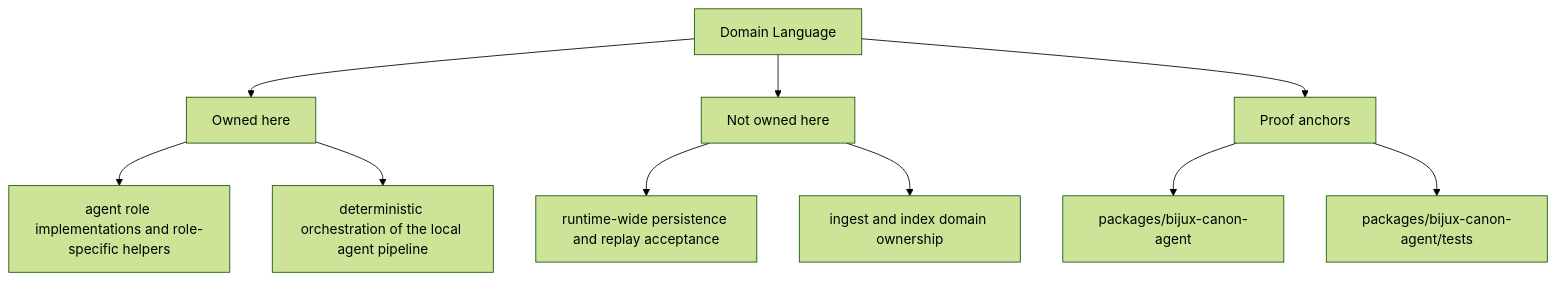
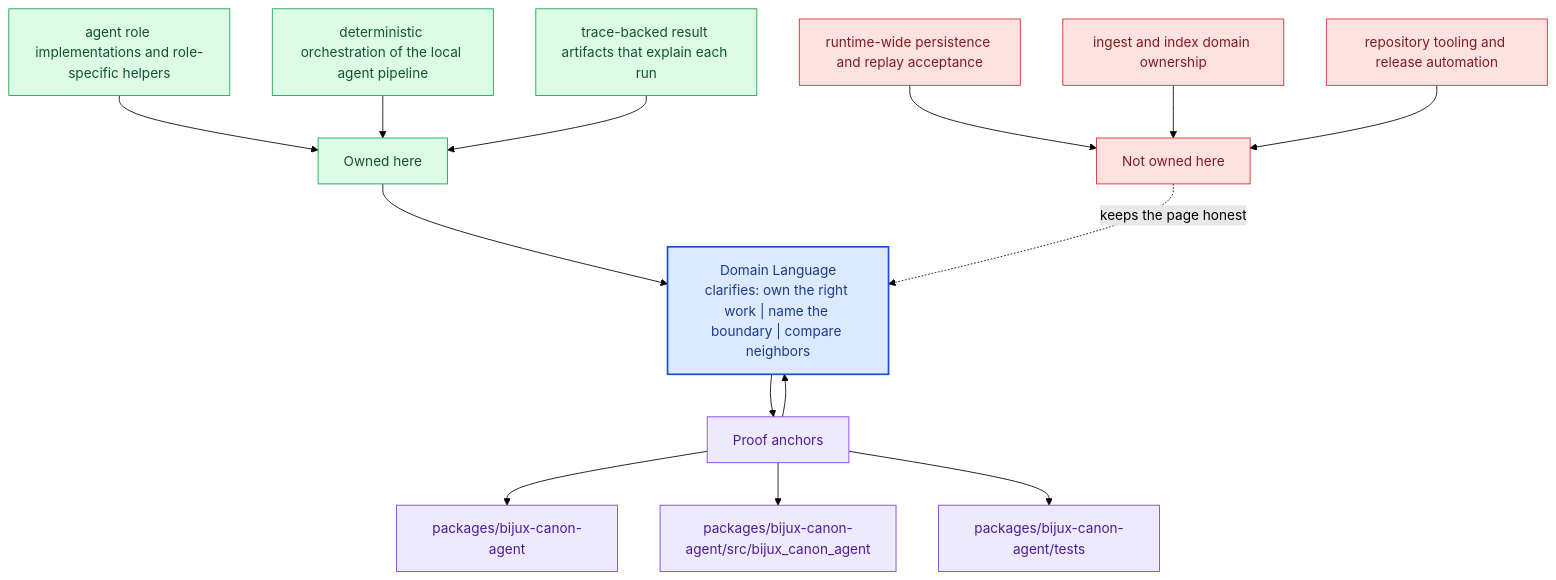
One commit to bijux/bijux-canon changed the second of 2 diagrams in docs/bijux-canon-agent/foundation/domain-language.md. Above: the diagram before and after it, drawn with Mermaid (forest theme). The commit also changed other lines of this file and 281 other files, not shown here.

Commit message:
docs(diagrams): deepen handbook mermaid maps across the catalog

````diff
--- a/docs/bijux-canon-agent/foundation/domain-language.md
+++ b/docs/bijux-canon-agent/foundation/domain-language.md
@@ -35,22 +68,40 @@
 ```mermaid
-flowchart TD
-    page["Domain Language"]
+flowchart TB
+    promise["Domain Language<br/>clarifies: own the right work | name the boundary | compare neighbors"]
+    classDef promise fill:#dbeafe,stroke:#1d4ed8,color:#1e3a8a,stroke-width:2px;
+    classDef driver fill:#dcfce7,stroke:#16a34a,color:#14532d;
+    classDef constraint fill:#fee2e2,stroke:#dc2626,color:#7f1d1d;
+    classDef ground fill:#ede9fe,stroke:#7c3aed,color:#4c1d95;
     focus1["Owned here"]
-    page --> focus1
+    focus1 --> promise
     focus1_1["agent role implementations and role-specific helpers"]
-    focus1 --> focus1_1
+    focus1_1 --> focus1
     focus1_2["deterministic orchestration of the local agent pipeline"]
-    focus1 --> focus1_2
+    focus1_2 --> focus1
+    focus1_3["trace-backed result artifacts that explain each run"]
+    focus1_3 --> focus1
+    class focus1 driver;
+    class focus1_1,focus1_2,focus1_3 driver;
     focus2["Not owned here"]
-    page --> focus2
+    focus2 -.keeps the page honest.-> promise
     focus2_1["runtime-wide persistence and replay acceptance"]
-    focus2 --> focus2_1
+    focus2_1 --> focus2
     focus2_2["ingest and index domain ownership"]
-    focus2 --> focus2_2
+    focus2_2 --> focus2
+    focus2_3["repository tooling and release automation"]
+    focus2_3 --> focus2
+    class focus2 constraint;
+    class focus2_1,focus2_2,focus2_3 constraint;
     focus3["Proof anchors"]
-    page --> focus3
+    focus3 --> promise
+    promise --> focus3
     focus3_1["packages/bijux-canon-agent"]
     focus3 --> focus3_1
-    focus3_2["packages/bijux-canon-agent/tests"]
+    focus3_2["packages/bijux-canon-agent/src/bijux_canon_agent"]
     focus3 --> focus3_2
+    focus3_3["packages/bijux-canon-agent/tests"]
+    focus3 --> focus3_3
+    class focus3 ground;
+    class focus3_1,focus3_2,focus3_3 ground;
+    class promise promise;
 ```
````
